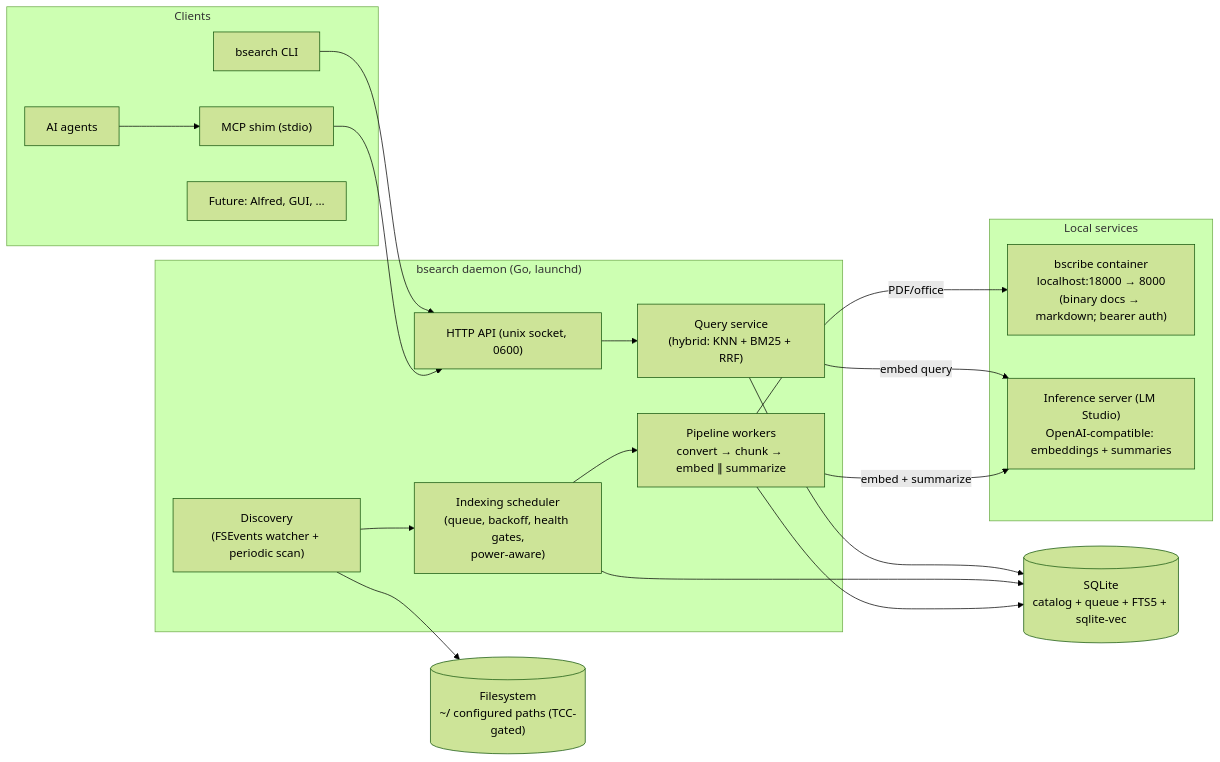
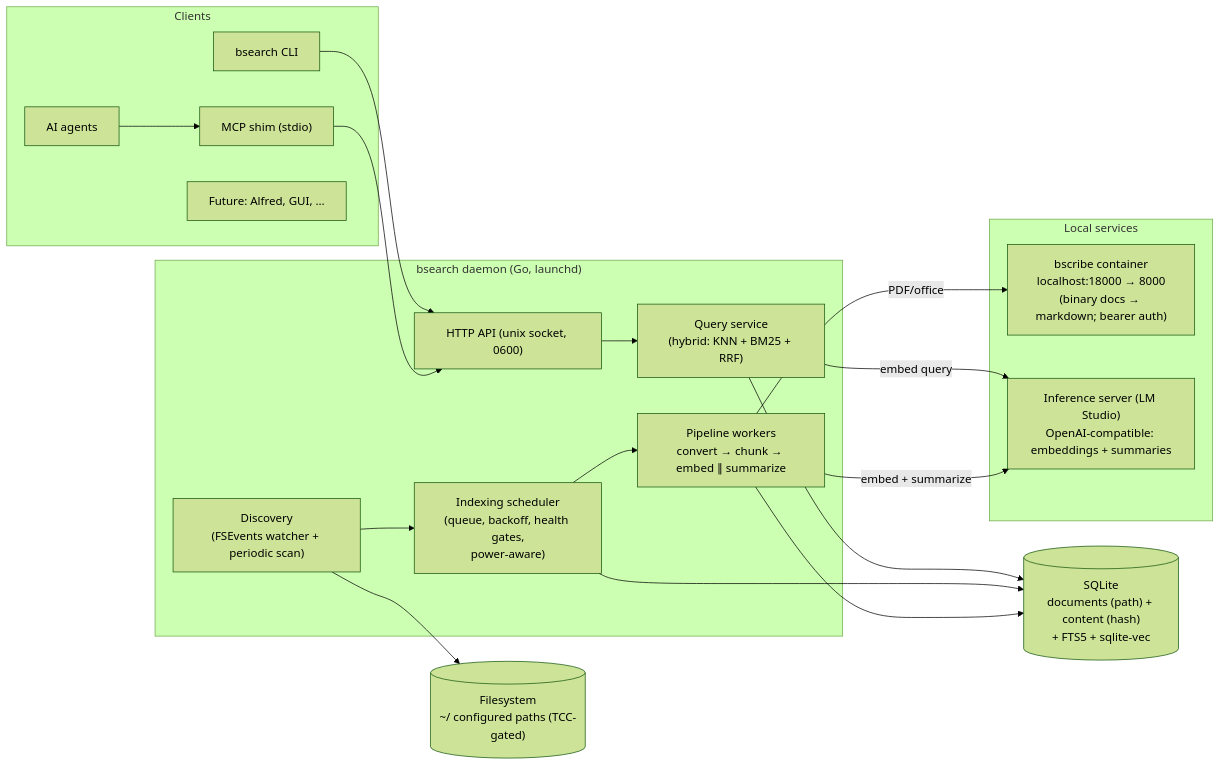
One commit to bcrisp4/bsearch changed the diagram in DESIGN.md. Above: the diagram before and after it, drawn with Mermaid (forest theme). The commit also changed other lines of this file and 1 other file, not shown here.

````diff
--- a/DESIGN.md
+++ b/DESIGN.md
@@ -406,38 +481,38 @@
 ```mermaid
 flowchart LR
     subgraph clients["Clients"]
         CLI["bsearch CLI"]
         MCP["MCP shim (stdio)"]
         AGT["AI agents"]
         ALF["Future: Alfred, GUI, …"]
     end
 
     subgraph daemon["bsearch daemon (Go, launchd)"]
         API["HTTP API (unix socket, 0600)"]
         QRY["Query service<br/>(hybrid: KNN + BM25 + RRF)"]
         SCHED["Indexing scheduler<br/>(queue, backoff, health gates,<br/>power-aware)"]
         DISC["Discovery<br/>(FSEvents watcher + periodic scan)"]
         PIPE["Pipeline workers<br/>convert → chunk → embed ∥ summarize"]
     end
 
     subgraph external["Local services"]
         BSC["bscribe container<br/>localhost:18000 → 8000<br/>(binary docs → markdown; bearer auth)"]
         INF["Inference server (LM Studio)<br/>OpenAI-compatible: embeddings + summaries"]
     end
 
-    DB[("SQLite<br/>catalog + queue + FTS5 + sqlite-vec")]
+    DB[("SQLite<br/>documents (path) + content (hash)<br/>+ FTS5 + sqlite-vec")]
     FS[("Filesystem<br/>~/ configured paths (TCC-gated)")]
 
     AGT --> MCP
     CLI & MCP --> API
     API --> QRY
     QRY --> DB
     QRY -->|"embed query"| INF
     DISC --> FS
     DISC --> SCHED
     SCHED --> DB
     SCHED --> PIPE
     PIPE -->|"PDF/office"| BSC
     PIPE -->|"embed + summarize"| INF
     PIPE --> DB
 ```
````
